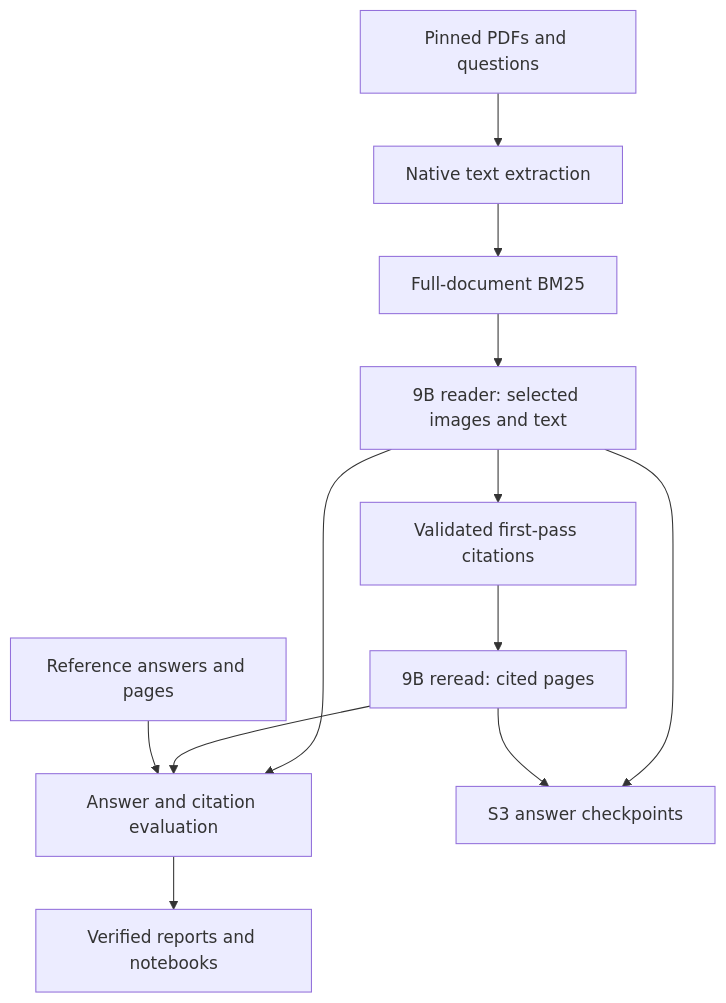
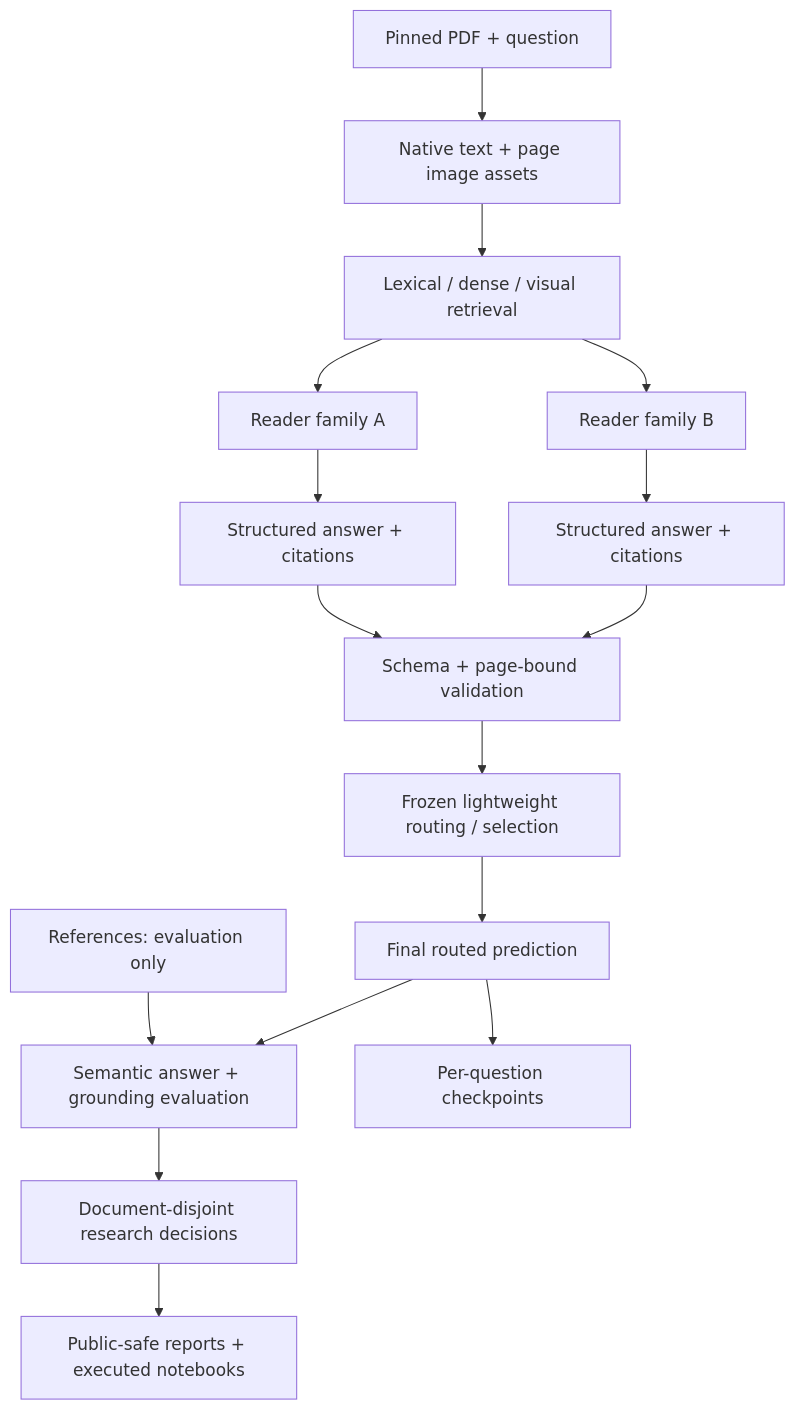
The diagram in docs/architecture.md (alvaromendizabal/lava-aws-multilingual-docvqa), drawn with Mermaid before and after one commit. The commit also changed other lines of this file, not shown here.

Commit message:
Document heterogeneous validation architecture

````diff
--- a/docs/architecture.md
+++ b/docs/architecture.md
@@ -5,14 +5,18 @@
 ```mermaid
 flowchart TD
-    P["Pinned PDFs and questions"] --> T["Native text extraction"]
-    T --> B["Full-document BM25"]
-    B --> R["9B reader: selected images and text"]
-    R --> C["Validated first-pass citations"]
-    C --> S["9B reread: cited pages"]
-    R --> E["Answer and citation evaluation"]
-    S --> E
-    G["Reference answers and pages"] --> E
-    E --> N["Verified reports and notebooks"]
-    R --> K["S3 answer checkpoints"]
-    S --> K
+    P["Pinned PDF + question"] --> X["Native text + page image assets"]
+    X --> R["Lexical / dense / visual retrieval"]
+    R --> A["Reader family A"]
+    R --> B["Reader family B"]
+    A --> SA["Structured answer + citations"]
+    B --> SB["Structured answer + citations"]
+    SA --> V["Schema + page-bound validation"]
+    SB --> V
+    V --> H["Frozen lightweight routing / selection"]
+    H --> O["Final routed prediction"]
+    G["References: evaluation only"] --> E["Semantic answer + grounding evaluation"]
+    O --> E
+    E --> D["Document-disjoint research decisions"]
+    O --> K["Per-question checkpoints"]
+    D --> N["Public-safe reports + executed notebooks"]
 ```
````
